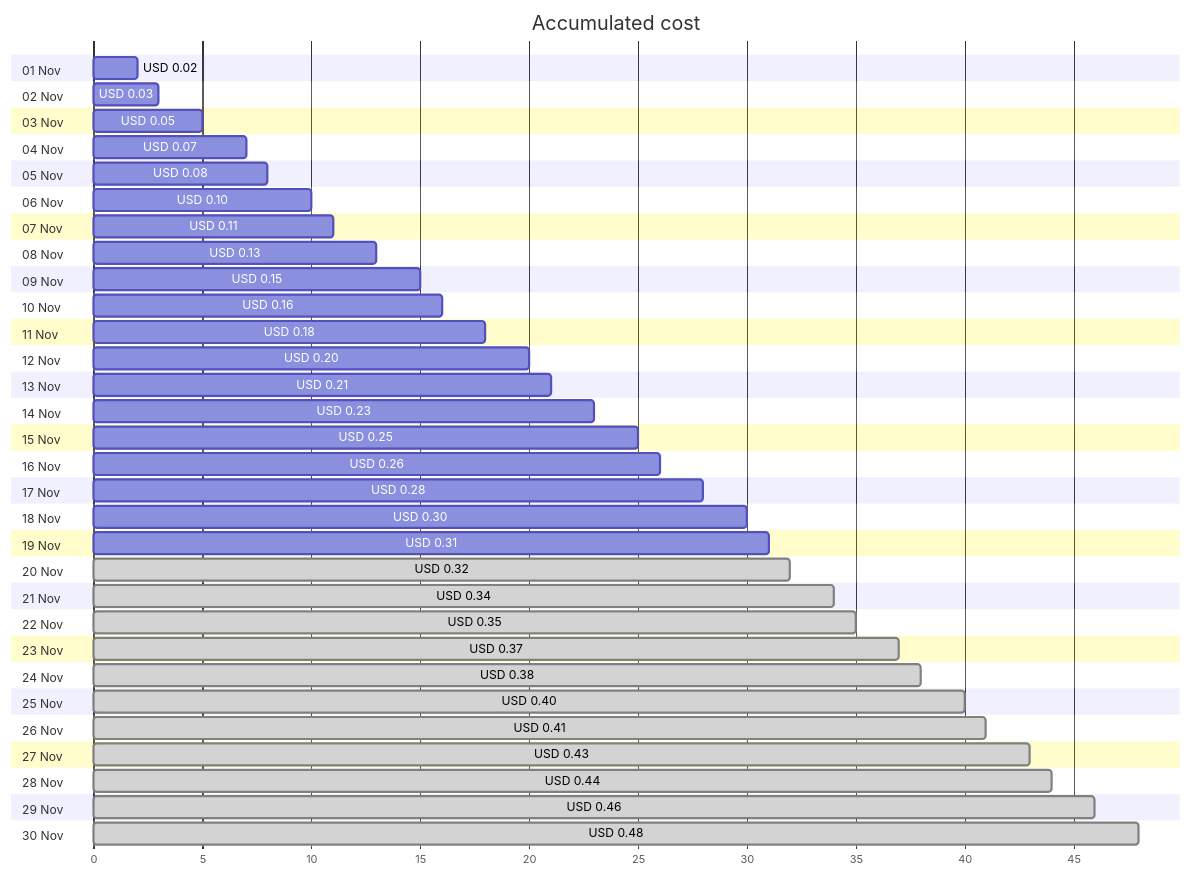
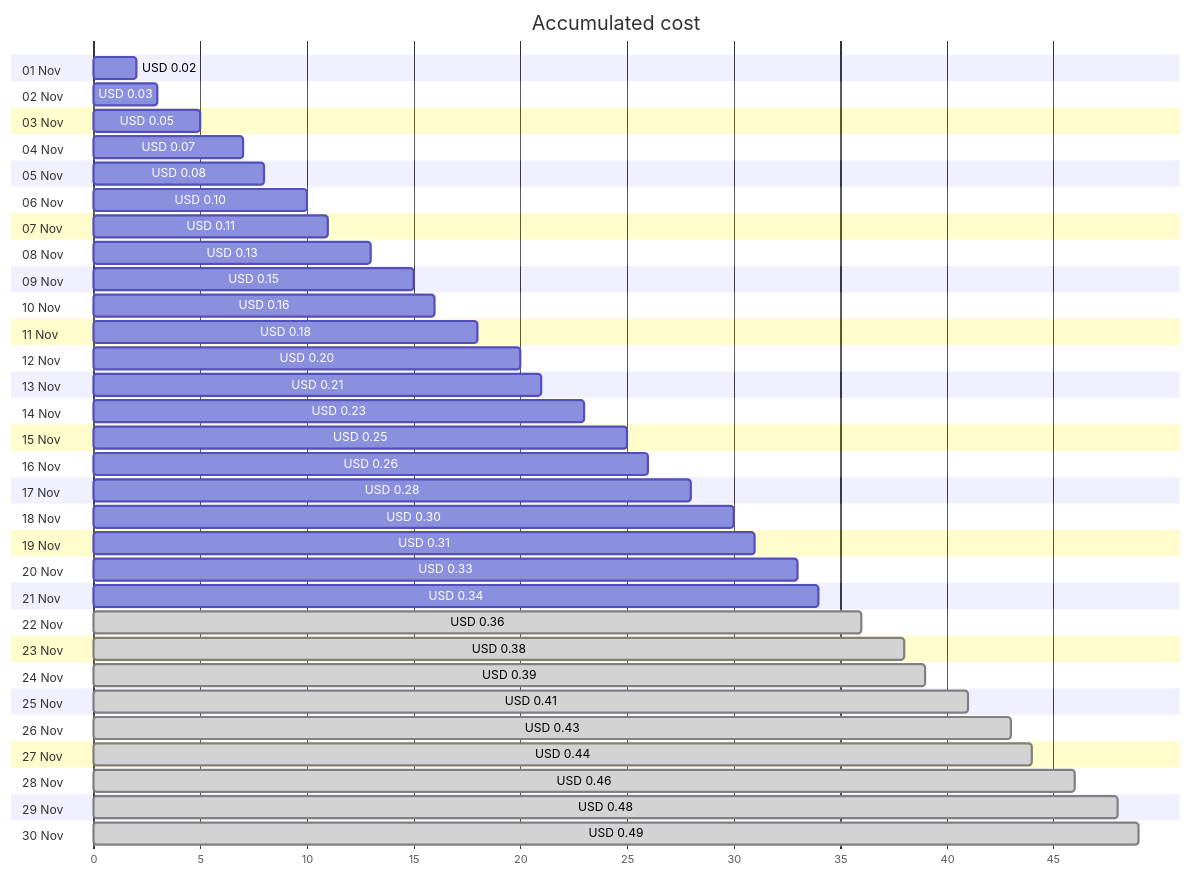
One commit to jpfulton/azure-personal-reports changed the first of 4 diagrams in cost-reports/personal-dns/jpatrickfulton.dev.md. Above: the diagram before and after it, drawn with Mermaid. The commit also changed other lines of this file and 2 other files, not shown here.

````diff
--- a/cost-reports/personal-dns/jpatrickfulton.dev.md
+++ b/cost-reports/personal-dns/jpatrickfulton.dev.md
@@ -20,66 +20,66 @@
 ```mermaid
 gantt
    title Accumulated cost
    dateFormat  X
    axisFormat %s
    section 01 Nov
    USD 0.02 :0, 2
    section 02 Nov
    USD 0.03 :0, 3
    section 03 Nov
    USD 0.05 :0, 5
    section 04 Nov
    USD 0.07 :0, 7
    section 05 Nov
    USD 0.08 :0, 8
    section 06 Nov
    USD 0.10 :0, 10
    section 07 Nov
    USD 0.11 :0, 11
    section 08 Nov
    USD 0.13 :0, 13
    section 09 Nov
    USD 0.15 :0, 15
    section 10 Nov
    USD 0.16 :0, 16
    section 11 Nov
    USD 0.18 :0, 18
    section 12 Nov
    USD 0.20 :0, 20
    section 13 Nov
    USD 0.21 :0, 21
    section 14 Nov
    USD 0.23 :0, 23
    section 15 Nov
    USD 0.25 :0, 25
    section 16 Nov
    USD 0.26 :0, 26
    section 17 Nov
    USD 0.28 :0, 28
    section 18 Nov
    USD 0.30 :0, 30
    section 19 Nov
    USD 0.31 :0, 31
    section 20 Nov
-   USD 0.32 : done, 0, 32
+   USD 0.33 :0, 33
    section 21 Nov
-   USD 0.34 : done, 0, 34
+   USD 0.34 :0, 34
    section 22 Nov
-   USD 0.35 : done, 0, 35
+   USD 0.36 : done, 0, 36
    section 23 Nov
-   USD 0.37 : done, 0, 37
+   USD 0.38 : done, 0, 38
    section 24 Nov
-   USD 0.38 : done, 0, 38
+   USD 0.39 : done, 0, 39
    section 25 Nov
-   USD 0.40 : done, 0, 40
+   USD 0.41 : done, 0, 41
    section 26 Nov
-   USD 0.41 : done, 0, 41
+   USD 0.43 : done, 0, 43
    section 27 Nov
-   USD 0.43 : done, 0, 43
+   USD 0.44 : done, 0, 44
    section 28 Nov
-   USD 0.44 : done, 0, 44
+   USD 0.46 : done, 0, 46
    section 29 Nov
-   USD 0.46 : done, 0, 46
+   USD 0.48 : done, 0, 48
    section 30 Nov
-   USD 0.48 : done, 0, 48
+   USD 0.49 : done, 0, 49
 ```
````
